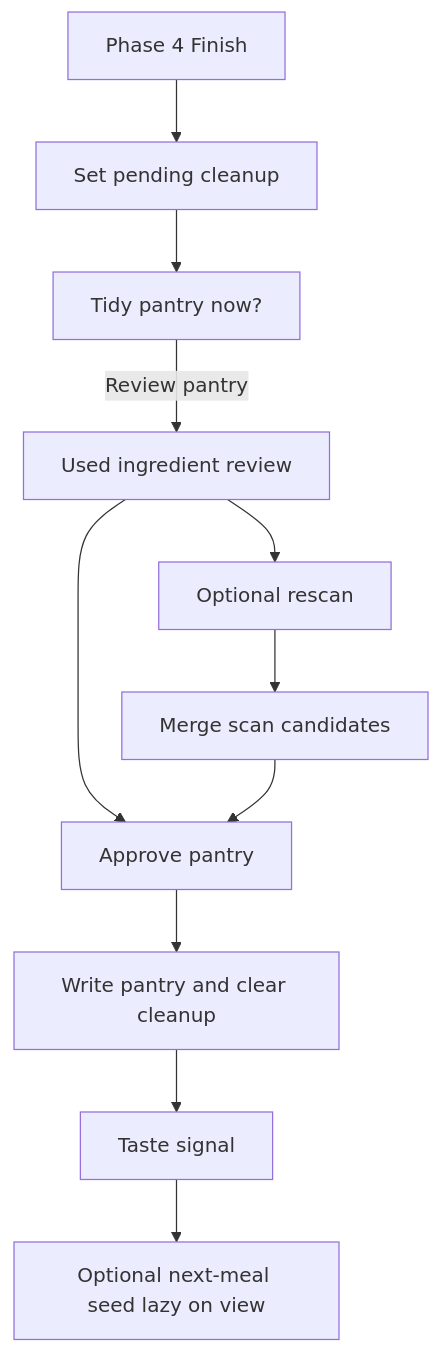
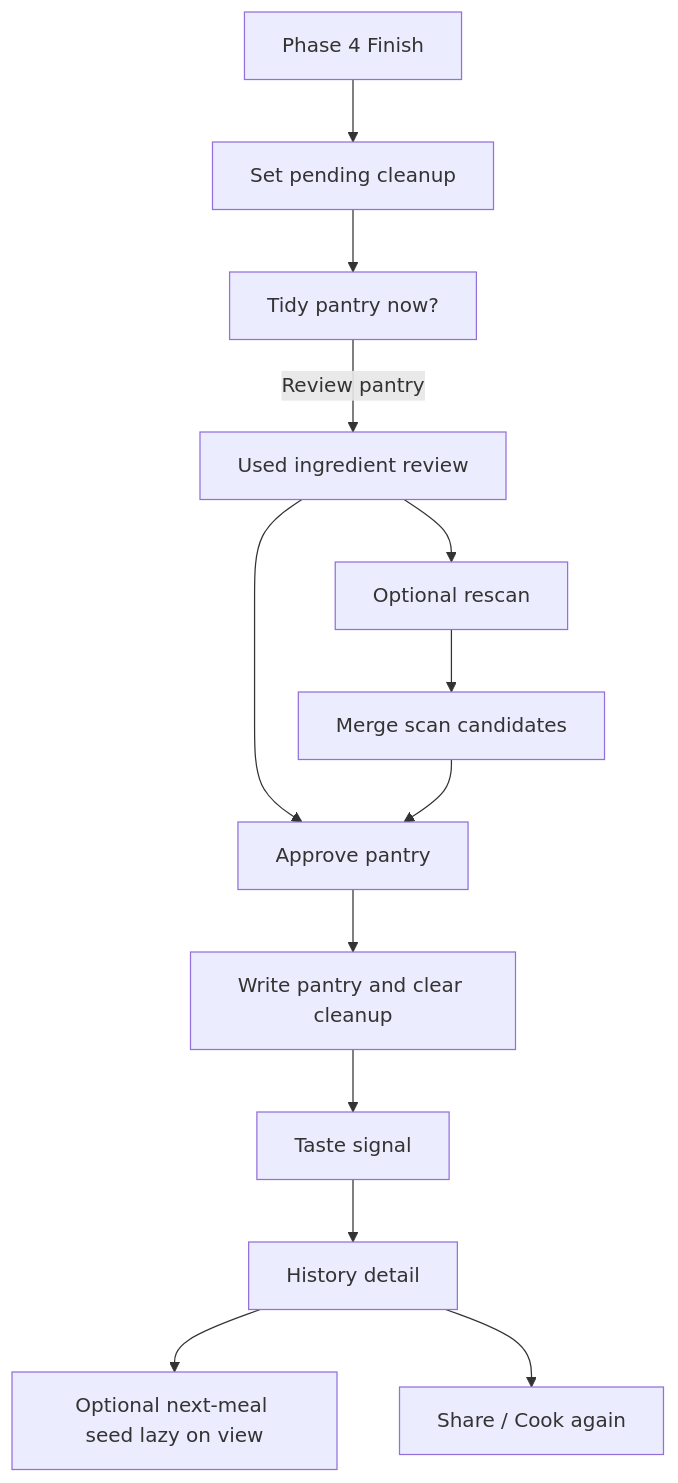
The first of 2 diagrams in product-decisions/features/mobile-refresh/phase-05-post-cook.md (wmishak404/laica), drawn with Mermaid before and after one commit. The commit also changed other lines of this file and 15 other files, not shown here.

````diff
--- a/product-decisions/features/mobile-refresh/phase-05-post-cook.md
+++ b/product-decisions/features/mobile-refresh/phase-05-post-cook.md
@@ -68,13 +75,15 @@
 ```mermaid
 flowchart TD
   A["Phase 4 Finish"] --> B["Set pending cleanup"]
   B --> C["Tidy pantry now?"]
   C -->|Review pantry| D["Used ingredient review"]
   D --> E["Optional rescan"]
   D --> F["Approve pantry"]
   E --> G["Merge scan candidates"]
   G --> F
   F --> H["Write pantry and clear cleanup"]
   H --> I["Taste signal"]
-  I --> J["Optional next-meal seed lazy on view"]
+  I --> J["History detail"]
+  J --> K["Optional next-meal seed lazy on view"]
+  J --> L["Share / Cook again"]
 ```
````
